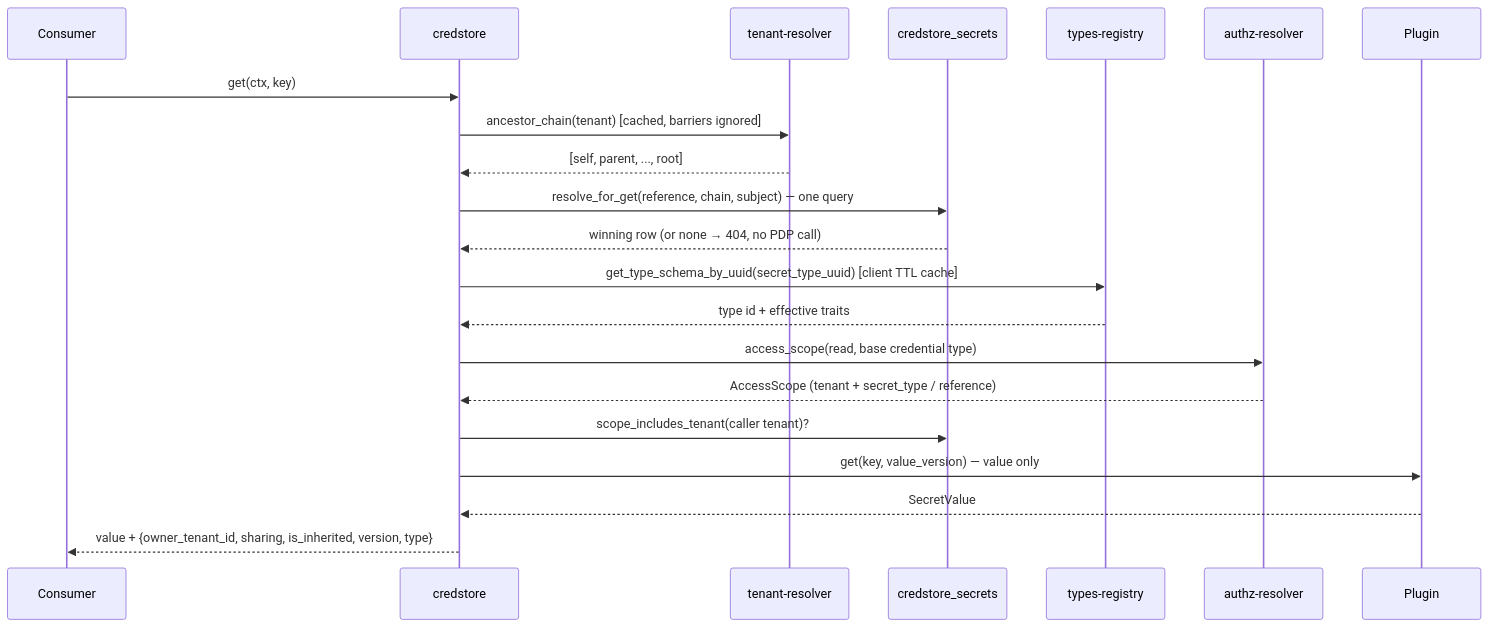
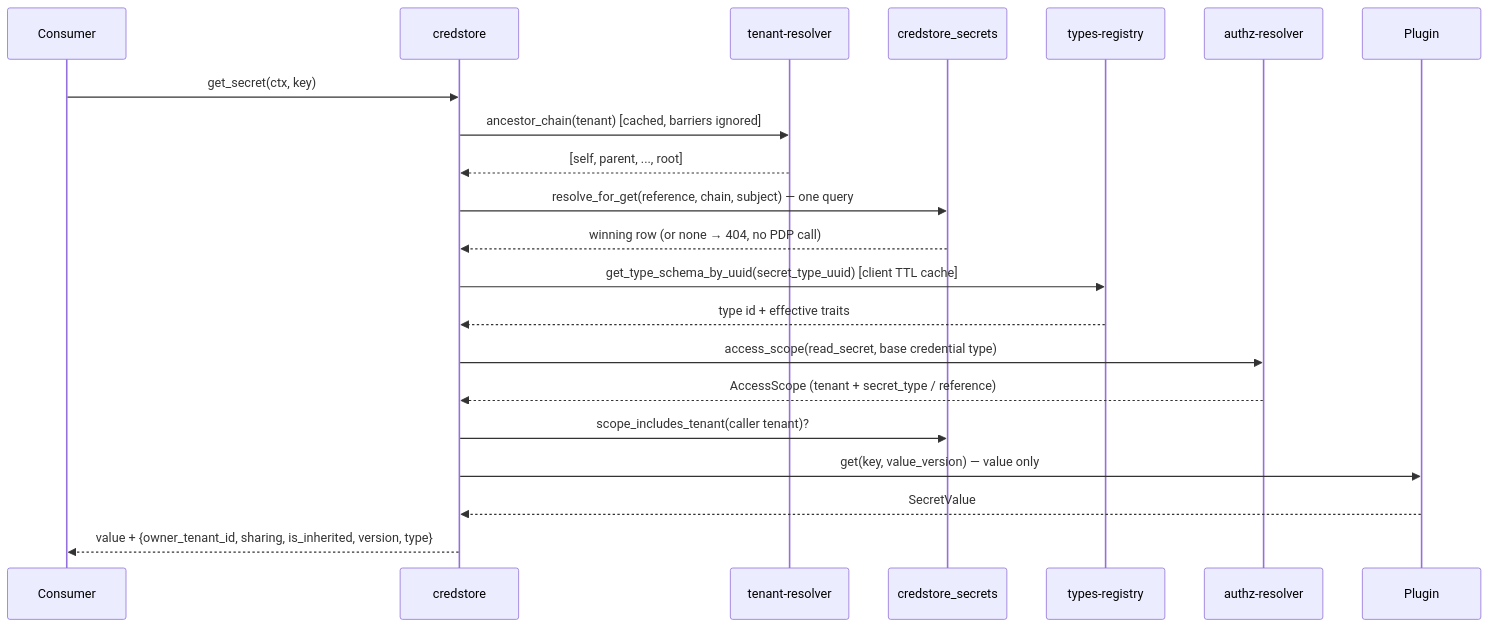
The second of 5 diagrams in gears/credstore/docs/DESIGN.md (constructorfabric/gears-rust), drawn with Mermaid before and after one commit. The commit also changed other lines of this file and 8 other files, not shown here.

````diff
--- a/gears/credstore/docs/DESIGN.md
+++ b/gears/credstore/docs/DESIGN.md
@@ -693,24 +642,24 @@
 ```mermaid
 sequenceDiagram
     participant C as Consumer
     participant GW as credstore
     participant TR as tenant-resolver
     participant DB as credstore_secrets
     participant GTS as types-registry
     participant PDP as authz-resolver
     participant P as Plugin
 
-    C->>GW: get(ctx, key)
+    C->>GW: get_secret(ctx, key)
     GW->>TR: ancestor_chain(tenant) [cached, barriers ignored]
     TR-->>GW: [self, parent, ..., root]
     GW->>DB: resolve_for_get(reference, chain, subject) — one query
     DB-->>GW: winning row (or none → 404, no PDP call)
     GW->>GTS: get_type_schema_by_uuid(secret_type_uuid) [client TTL cache]
     GTS-->>GW: type id + effective traits
-    GW->>PDP: access_scope(read, base credential type)
+    GW->>PDP: access_scope(read_secret, base credential type)
     PDP-->>GW: AccessScope (tenant + secret_type / reference)
     GW->>DB: scope_includes_tenant(caller tenant)?
     GW->>P: get(key, value_version) — value only
     P-->>GW: SecretValue
     GW-->>C: value + {owner_tenant_id, sharing, is_inherited, version, type}
 ```
````
